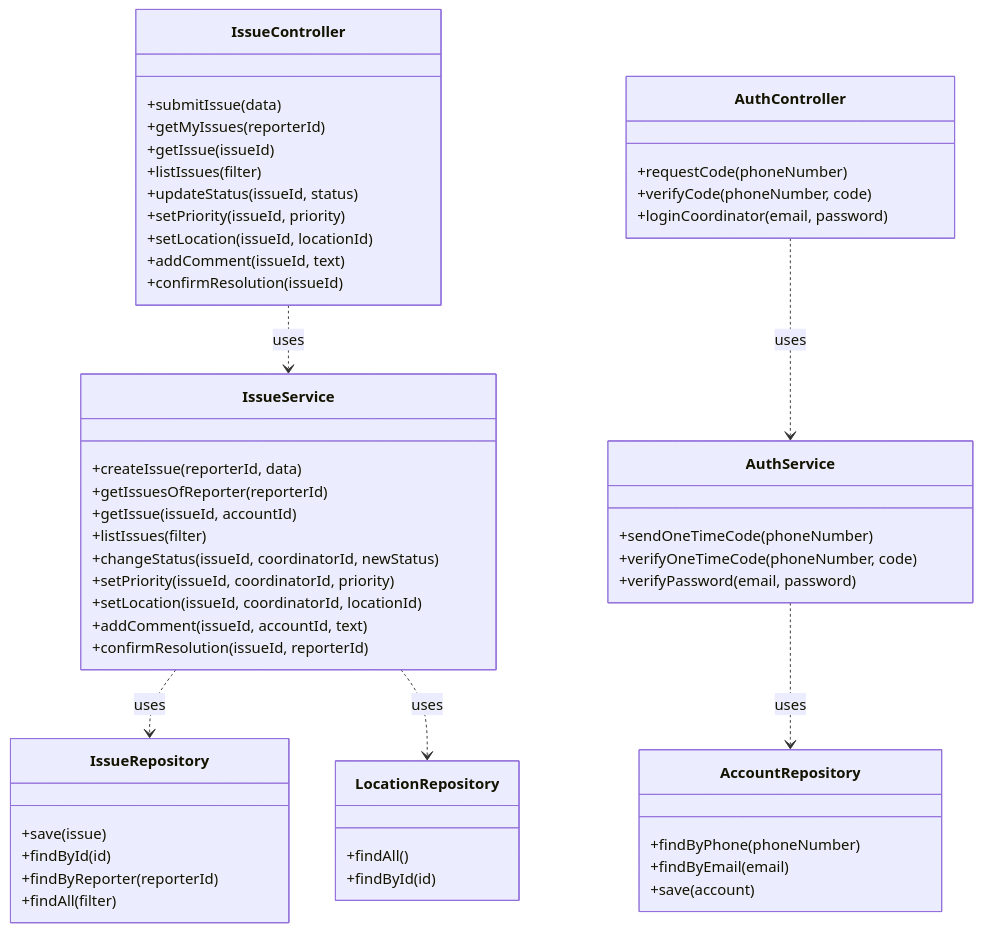
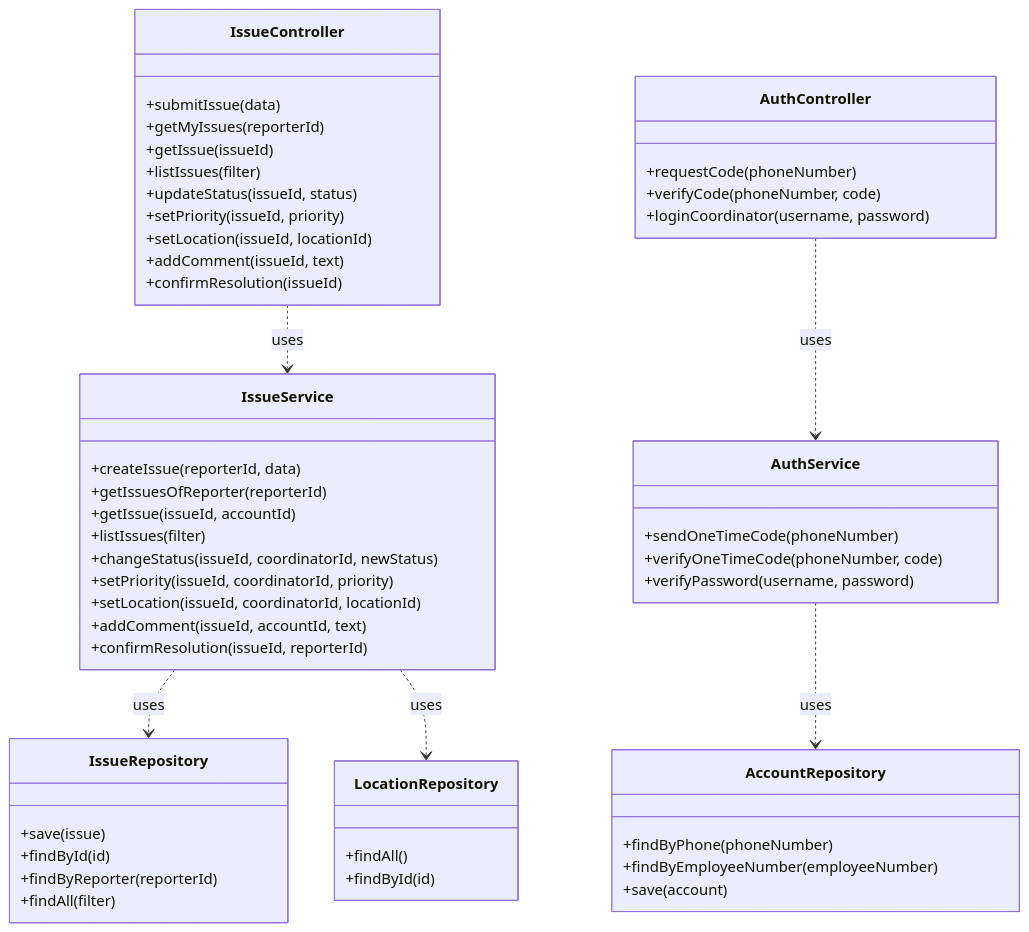
Before and after one commit to saam3023460/abadanesh: the first of 2 diagrams in docs/class-diagram/class-diagram.md, drawn with Mermaid. The commit also changed other lines of this file, not shown here.

First line of the commit message:
Clarify Coordinator credentials and update documentation

````diff
--- a/docs/class-diagram/class-diagram.md
+++ b/docs/class-diagram/class-diagram.md
@@ -35,60 +35,60 @@
 ```mermaid
 classDiagram
     direction TB
 
     class IssueController {
         +submitIssue(data)
         +getMyIssues(reporterId)
         +getIssue(issueId)
         +listIssues(filter)
         +updateStatus(issueId, status)
         +setPriority(issueId, priority)
         +setLocation(issueId, locationId)
         +addComment(issueId, text)
         +confirmResolution(issueId)
     }
     class AuthController {
         +requestCode(phoneNumber)
         +verifyCode(phoneNumber, code)
-        +loginCoordinator(email, password)
+        +loginCoordinator(username, password)
     }
 
     class IssueService {
         +createIssue(reporterId, data)
         +getIssuesOfReporter(reporterId)
         +getIssue(issueId, accountId)
         +listIssues(filter)
         +changeStatus(issueId, coordinatorId, newStatus)
         +setPriority(issueId, coordinatorId, priority)
         +setLocation(issueId, coordinatorId, locationId)
         +addComment(issueId, accountId, text)
         +confirmResolution(issueId, reporterId)
     }
     class AuthService {
         +sendOneTimeCode(phoneNumber)
         +verifyOneTimeCode(phoneNumber, code)
-        +verifyPassword(email, password)
+        +verifyPassword(username, password)
     }
 
     class IssueRepository {
         +save(issue)
         +findById(id)
         +findByReporter(reporterId)
         +findAll(filter)
     }
     class AccountRepository {
         +findByPhone(phoneNumber)
-        +findByEmail(email)
+        +findByEmployeeNumber(employeeNumber)
         +save(account)
     }
     class LocationRepository {
         +findAll()
         +findById(id)
     }
 
     IssueController ..> IssueService : uses
     AuthController ..> AuthService : uses
     IssueService ..> IssueRepository : uses
     IssueService ..> LocationRepository : uses
     AuthService ..> AccountRepository : uses
 ```
````
